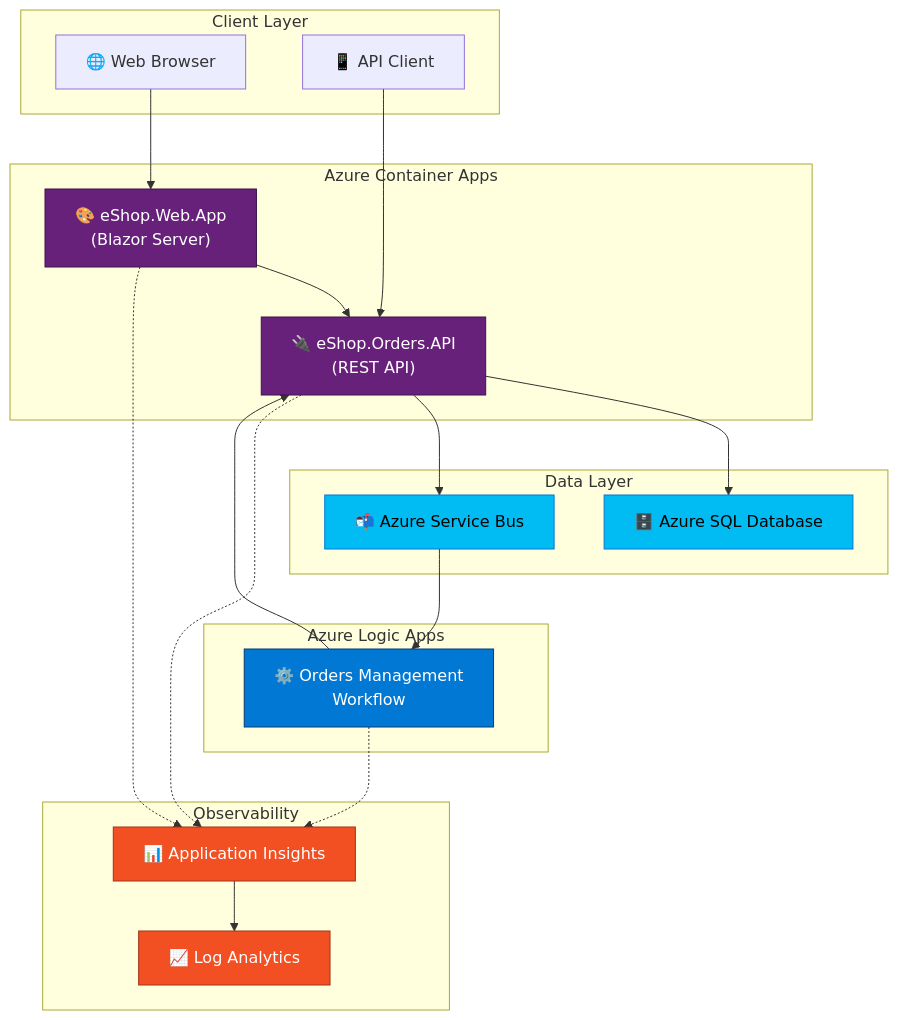
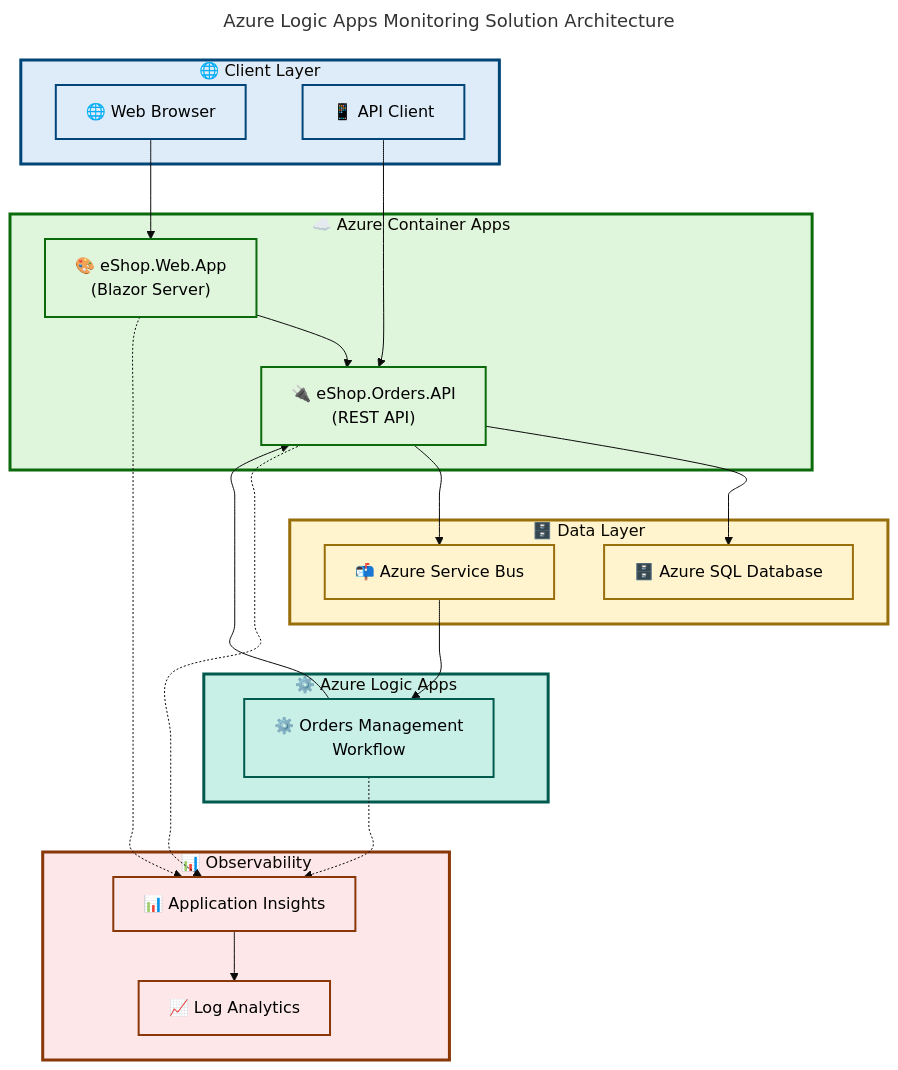
Before and after one commit to Evilazaro/Azure-LogicApps-Monitoring: the diagram in README.md, drawn with Mermaid.

Commit message:
docs: enhance mermaid diagram with updated architecture and color scheme for improved clarity and accessibility

````diff
--- a/README.md
+++ b/README.md
@@ -256,49 +256,74 @@
 ```mermaid
+---
+title: Azure Logic Apps Monitoring Solution Architecture
+config:
+  theme: base
+  flowchart:
+    htmlLabels: false
+    curve: cardinal
+---
 flowchart TB
-    subgraph "Client Layer"
-        browser["🌐 Web Browser"]
-        api_client["📱 API Client"]
+    accTitle: Azure Logic Apps Monitoring Solution Architecture
+    accDescr: Distributed microservices architecture with .NET Aspire orchestration, Azure Container Apps, Logic Apps workflows, and comprehensive observability through Application Insights
+
+    %% ============================================
+    %% COLOR SCHEME v5.0 (Microsoft Fluent UI / Azure)
+    %% Semantic colors for functional distinction
+    %% Client=Blue, Apps=Green, Workflow=Teal, Data=Yellow, Observability=Orange
+    %% ============================================
+
+    %% Azure Fluent UI semantic color palette (100-level for content nodes)
+    classDef azureBlue fill:#DEECF9,stroke:#004578,stroke-width:2px,color:#000
+    classDef successGreen fill:#DFF6DD,stroke:#0B6A0B,stroke-width:2px,color:#000
+    classDef presenceTeal fill:#C8F0E7,stroke:#005B4E,stroke-width:2px,color:#000
+    classDef sharedYellow fill:#FFF4CE,stroke:#986F0B,stroke-width:2px,color:#000
+    classDef warningOrange fill:#FDE7E9,stroke:#8A3707,stroke-width:2px,color:#000
+
+    subgraph client["🌐 Client Layer"]
+        browser["🌐 Web Browser"]:::azureBlue
+        api_client["📱 API Client"]:::azureBlue
     end
 
-    subgraph "Azure Container Apps"
-        web_app["🎨 eShop.Web.App<br/>(Blazor Server)"]
-        orders_api["🔌 eShop.Orders.API<br/>(REST API)"]
+    subgraph container_apps["☁️ Azure Container Apps"]
+        web_app["🎨 eShop.Web.App<br/>(Blazor Server)"]:::successGreen
+        orders_api["🔌 eShop.Orders.API<br/>(REST API)"]:::successGreen
     end
 
-    subgraph "Azure Logic Apps"
-        logic_app["⚙️ Orders Management<br/>Workflow"]
+    subgraph logic_apps["⚙️ Azure Logic Apps"]
+        logic_app["⚙️ Orders Management<br/>Workflow"]:::presenceTeal
     end
 
-    subgraph "Data Layer"
-        sql_db["🗄️ Azure SQL Database"]
-        service_bus["📬 Azure Service Bus"]
+    subgraph data["🗄️ Data Layer"]
+        sql_db["🗄️ Azure SQL Database"]:::sharedYellow
+        service_bus["📬 Azure Service Bus"]:::sharedYellow
     end
 
-    subgraph "Observability"
-        app_insights["📊 Application Insights"]
-        log_analytics["📈 Log Analytics"]
+    subgraph observability["📊 Observability"]
+        app_insights["📊 Application Insights"]:::warningOrange
+        log_analytics["📈 Log Analytics"]:::warningOrange
     end
 
+    %% Request flow paths
     browser --> web_app
     api_client --> orders_api
     web_app --> orders_api
     orders_api --> sql_db
     orders_api --> service_bus
     service_bus --> logic_app
     logic_app --> orders_api
 
+    %% Telemetry paths (dotted lines for observability)
     orders_api -.-> app_insights
     web_app -.-> app_insights
     logic_app -.-> app_insights
     app_insights --> log_analytics
 
-    classDef azure fill:#0078D4,stroke:#003D7A,color:#fff
-    classDef app fill:#68217A,stroke:#3C1348,color:#fff
-    classDef data fill:#00BCF2,stroke:#0078D4,color:#000
-    classDef monitor fill:#F25022,stroke:#A13319,color:#fff
+    %% SUBGRAPH STYLING (5 subgraphs = 5 style directives - MRM-S001 compliant)
+    style client fill:#DEECF9,stroke:#004578,stroke-width:3px
+    style container_apps fill:#DFF6DD,stroke:#0B6A0B,stroke-width:3px
+    style logic_apps fill:#C8F0E7,stroke:#005B4E,stroke-width:3px
+    style data fill:#FFF4CE,stroke:#986F0B,stroke-width:3px
+    style observability fill:#FDE7E9,stroke:#8A3707,stroke-width:3px
 
-    class web_app,orders_api app
-    class sql_db,service_bus data
-    class logic_app azure
-    class app_insights,log_analytics monitor
+    %% Accessibility: WCAG AA verified (4.5:1 contrast ratio minimum)
 ```
````
